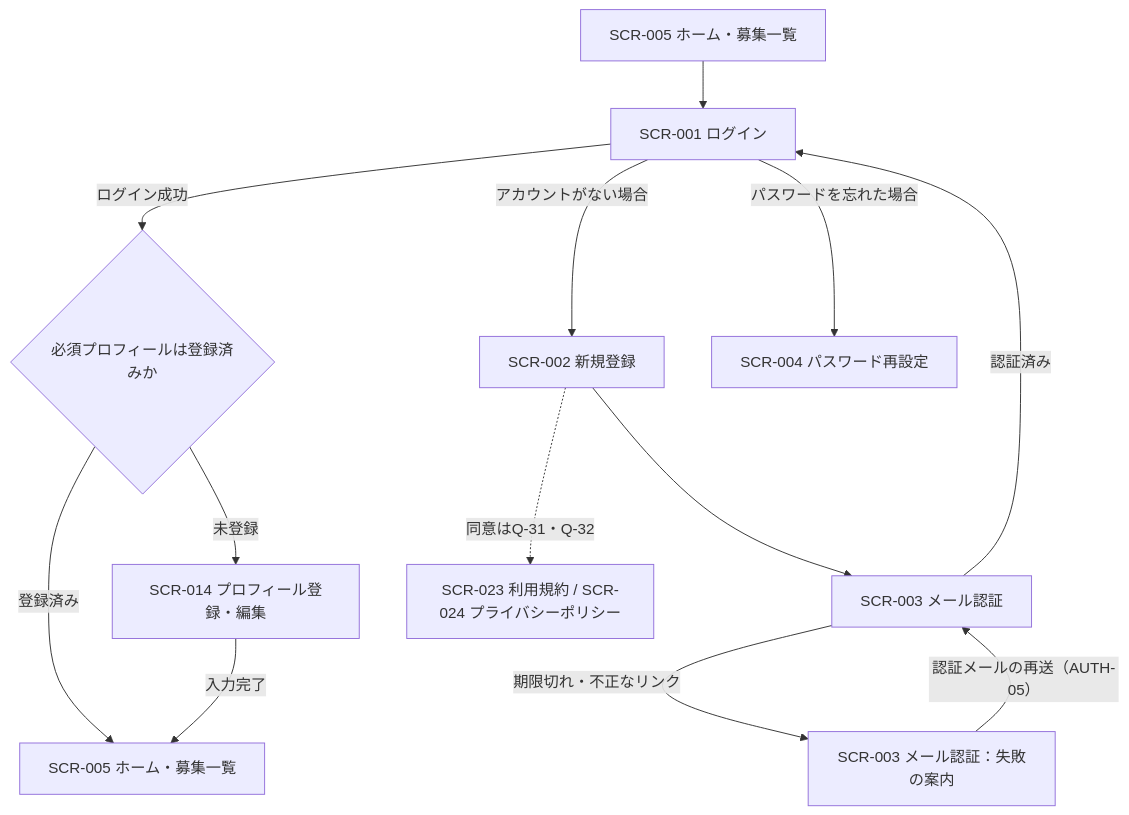
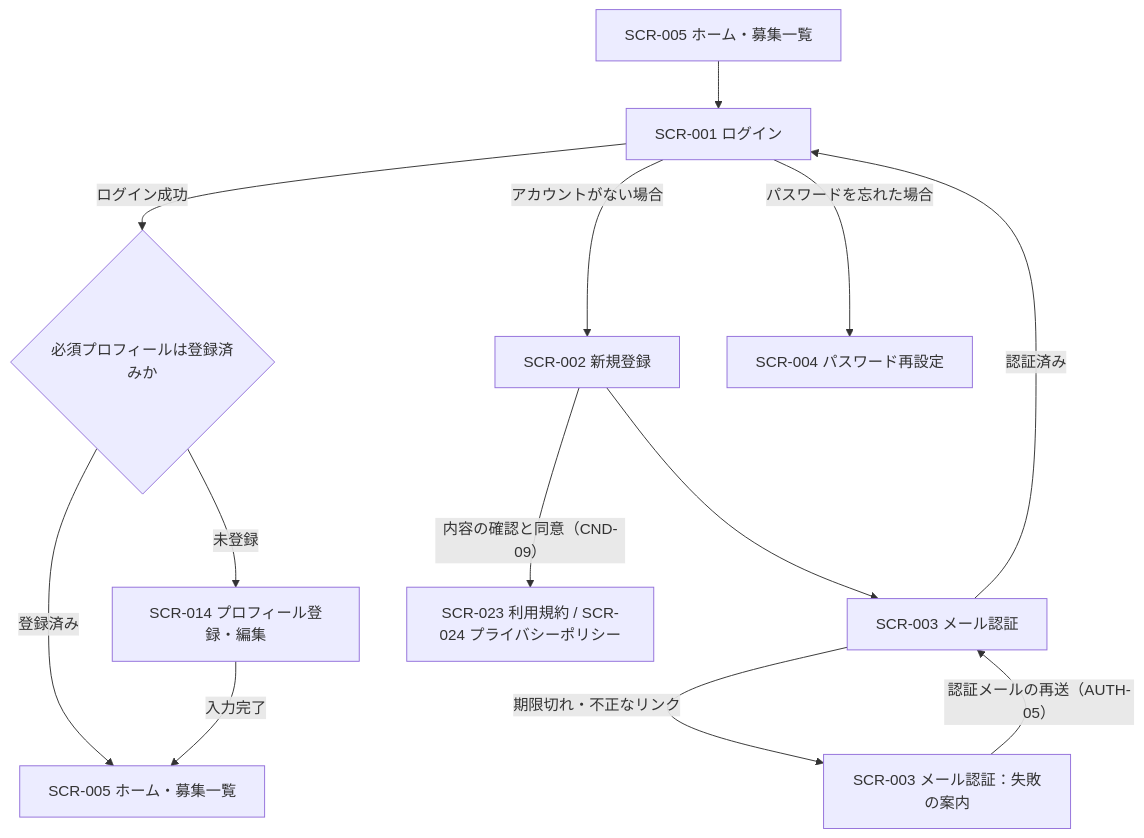
The first of 8 diagrams in docs/10_画面一覧.md (sysnovastudio-byte/nagoya-volleyball-matching), drawn with Mermaid before and after one commit. The commit also changed other lines of this file and 11 other files, not shown here.

````diff
--- a/docs/10_画面一覧.md
+++ b/docs/10_画面一覧.md
@@ -259,15 +259,15 @@
 ```mermaid
 flowchart TD
     A1["SCR-005 ホーム・募集一覧"] --> A2["SCR-001 ログイン"]
     A2 -->|"アカウントがない場合"| A3["SCR-002 新規登録"]
     A3 --> A4["SCR-003 メール認証"]
     A4 -->|"認証済み"| A2
     A4 -->|"期限切れ・不正なリンク"| A10["SCR-003 メール認証：失敗の案内"]
     A10 -->|"認証メールの再送（AUTH-05）"| A4
     A2 -->|"ログイン成功"| A5{"必須プロフィールは登録済みか"}
     A5 -->|"登録済み"| A7["SCR-005 ホーム・募集一覧"]
     A5 -->|"未登録"| A6["SCR-014 プロフィール登録・編集"]
     A6 -->|"入力完了"| A7
     A2 -->|"パスワードを忘れた場合"| A8["SCR-004 パスワード再設定"]
-    A3 -.->|"同意はQ-31・Q-32"| A9["SCR-023 利用規約 / SCR-024 プライバシーポリシー"]
+    A3 -->|"内容の確認と同意（CND-09）"| A9["SCR-023 利用規約 / SCR-024 プライバシーポリシー"]
 ```
````
